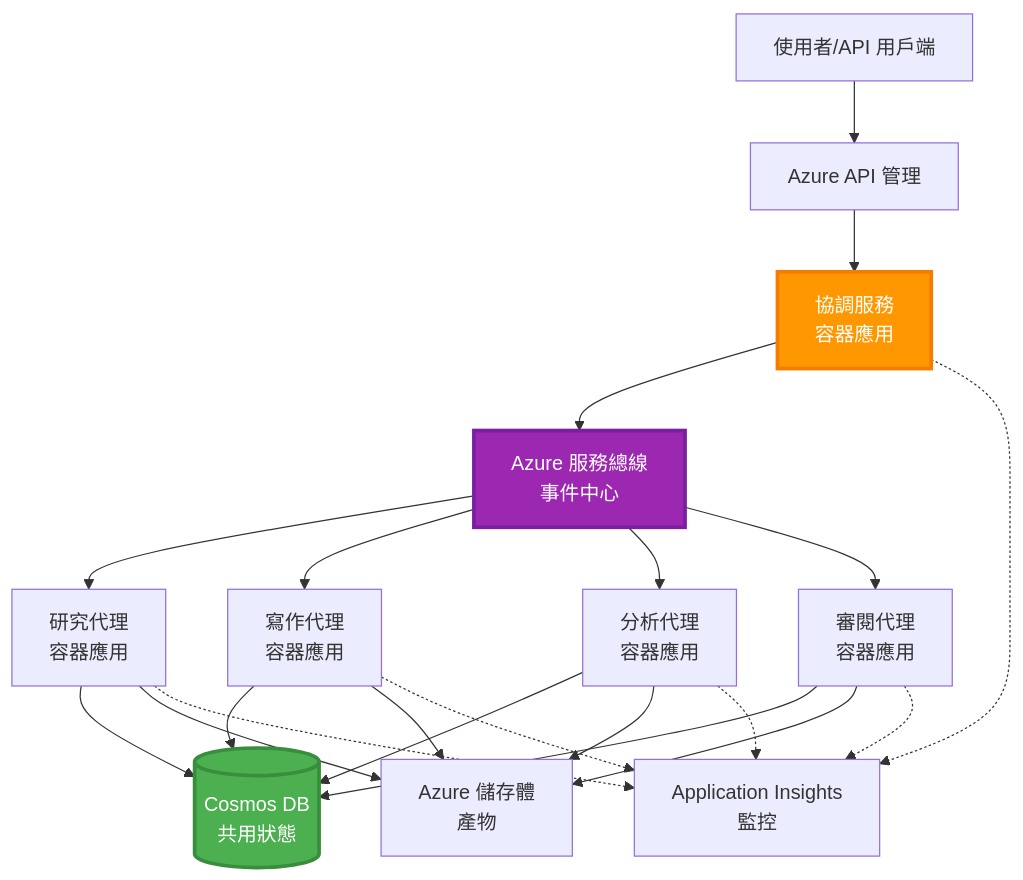
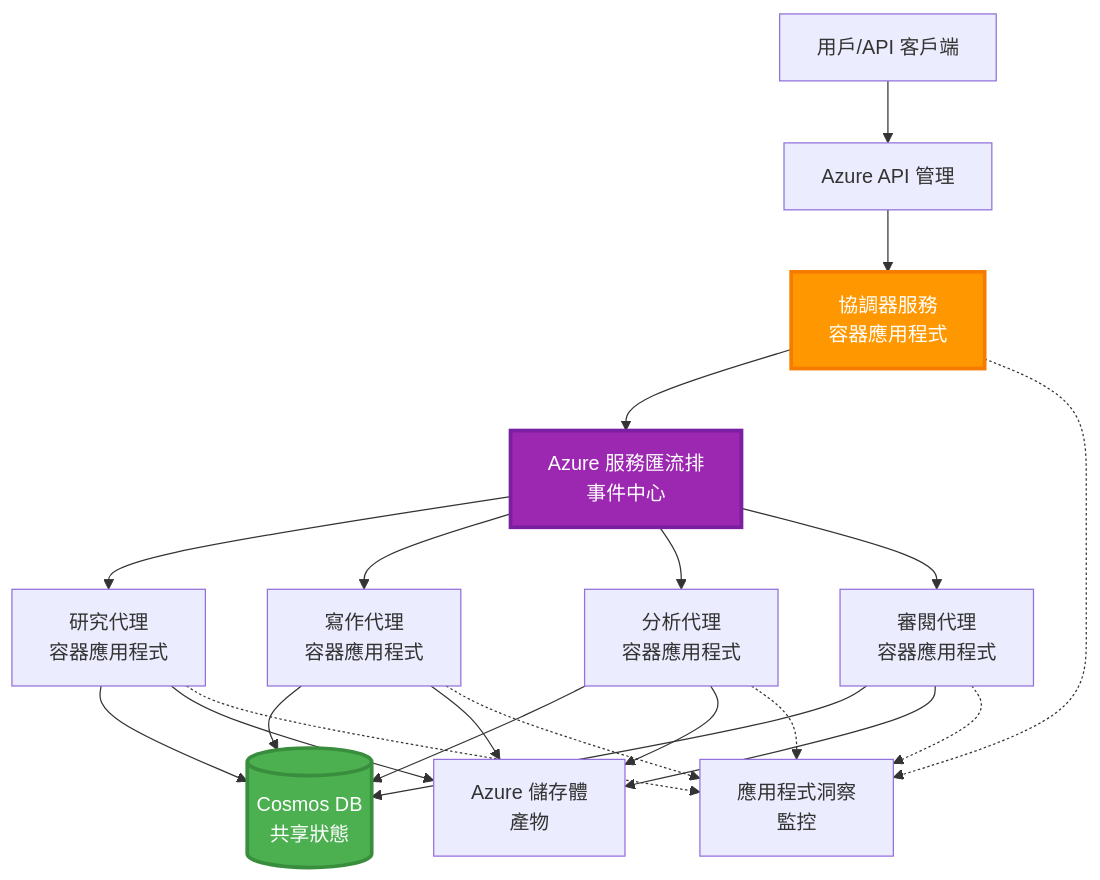
The sixth of 6 diagrams in translations/zh-HK/docs/chapter-06-pre-deployment/coordination-patterns.md (microsoft/AZD-for-beginners), drawn with Mermaid before and after one commit. The commit also changed other lines of this file and 101 other files, not shown here.

````diff
--- a/translations/zh-HK/docs/chapter-06-pre-deployment/coordination-patterns.md
+++ b/translations/zh-HK/docs/chapter-06-pre-deployment/coordination-patterns.md
@@ -271,45 +265,45 @@
 ```mermaid
 graph TB
-    User[使用者/API 用戶端]
+    User[用戶/API 客戶端]
     APIM[Azure API 管理]
-    Orchestrator[協調服務<br/>容器應用]
-    ServiceBus[Azure 服務總線<br/>事件中心]
+    Orchestrator[協調器服務<br/>容器應用程式]
+    ServiceBus[Azure 服務匯流排<br/>事件中心]
     
-    Agent1[研究代理<br/>容器應用]
-    Agent2[寫作代理<br/>容器應用]
-    Agent3[分析代理<br/>容器應用]
-    Agent4[審閱代理<br/>容器應用]
+    Agent1[研究代理<br/>容器應用程式]
+    Agent2[寫作代理<br/>容器應用程式]
+    Agent3[分析代理<br/>容器應用程式]
+    Agent4[審閱代理<br/>容器應用程式]
     
-    CosmosDB[(Cosmos DB<br/>共用狀態)]
+    CosmosDB[(Cosmos DB<br/>共享狀態)]
     Storage[Azure 儲存體<br/>產物]
-    AppInsights[Application Insights<br/>監控]
+    AppInsights[應用程式洞察<br/>監控]
     
     User --> APIM
     APIM --> Orchestrator
     
     Orchestrator --> ServiceBus
     ServiceBus --> Agent1
     ServiceBus --> Agent2
     ServiceBus --> Agent3
     ServiceBus --> Agent4
     
     Agent1 --> CosmosDB
     Agent2 --> CosmosDB
     Agent3 --> CosmosDB
     Agent4 --> CosmosDB
     
     Agent1 --> Storage
     Agent2 --> Storage
     Agent3 --> Storage
     Agent4 --> Storage
     
     Orchestrator -.-> AppInsights
     Agent1 -.-> AppInsights
     Agent2 -.-> AppInsights
     Agent3 -.-> AppInsights
     Agent4 -.-> AppInsights
     
     style Orchestrator fill:#FF9800,stroke:#F57C00,stroke-width:3px,color:#fff
     style ServiceBus fill:#9C27B0,stroke:#7B1FA2,stroke-width:3px,color:#fff
     style CosmosDB fill:#4CAF50,stroke:#388E3C,stroke-width:3px,color:#fff
 ```
````
